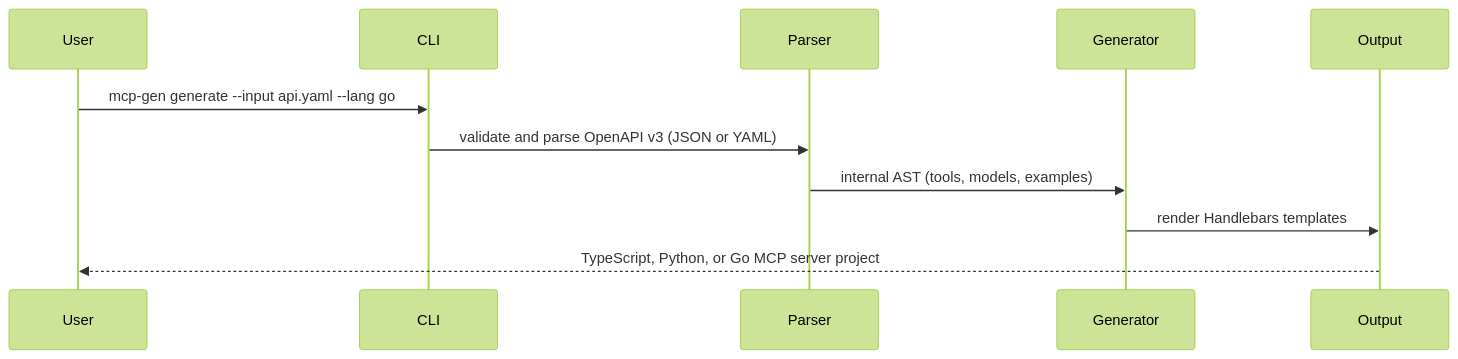
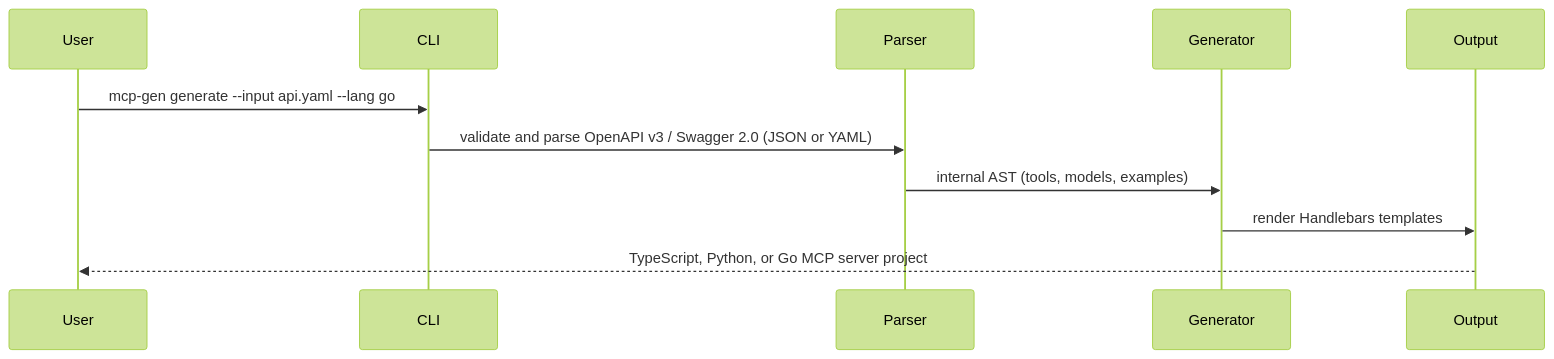
Before and after one commit to ChristopherDond/MCP-Generator: the diagram in README.md, drawn with Mermaid (forest theme). The commit also changed other lines of this file and 11 other files, not shown here.

````diff
--- a/README.md
+++ b/README.md
@@ -73,14 +81,14 @@
 ```mermaid
 sequenceDiagram
     participant User
     participant CLI
     participant Parser
     participant Generator
     participant Output
 
     User->>CLI: mcp-gen generate --input api.yaml --lang go
-    CLI->>Parser: validate and parse OpenAPI v3 (JSON or YAML)
+    CLI->>Parser: validate and parse OpenAPI v3 / Swagger 2.0 (JSON or YAML)
     Parser->>Generator: internal AST (tools, models, examples)
     Generator->>Output: render Handlebars templates
     Output-->>User: TypeScript, Python, or Go MCP server project
 ```
````
